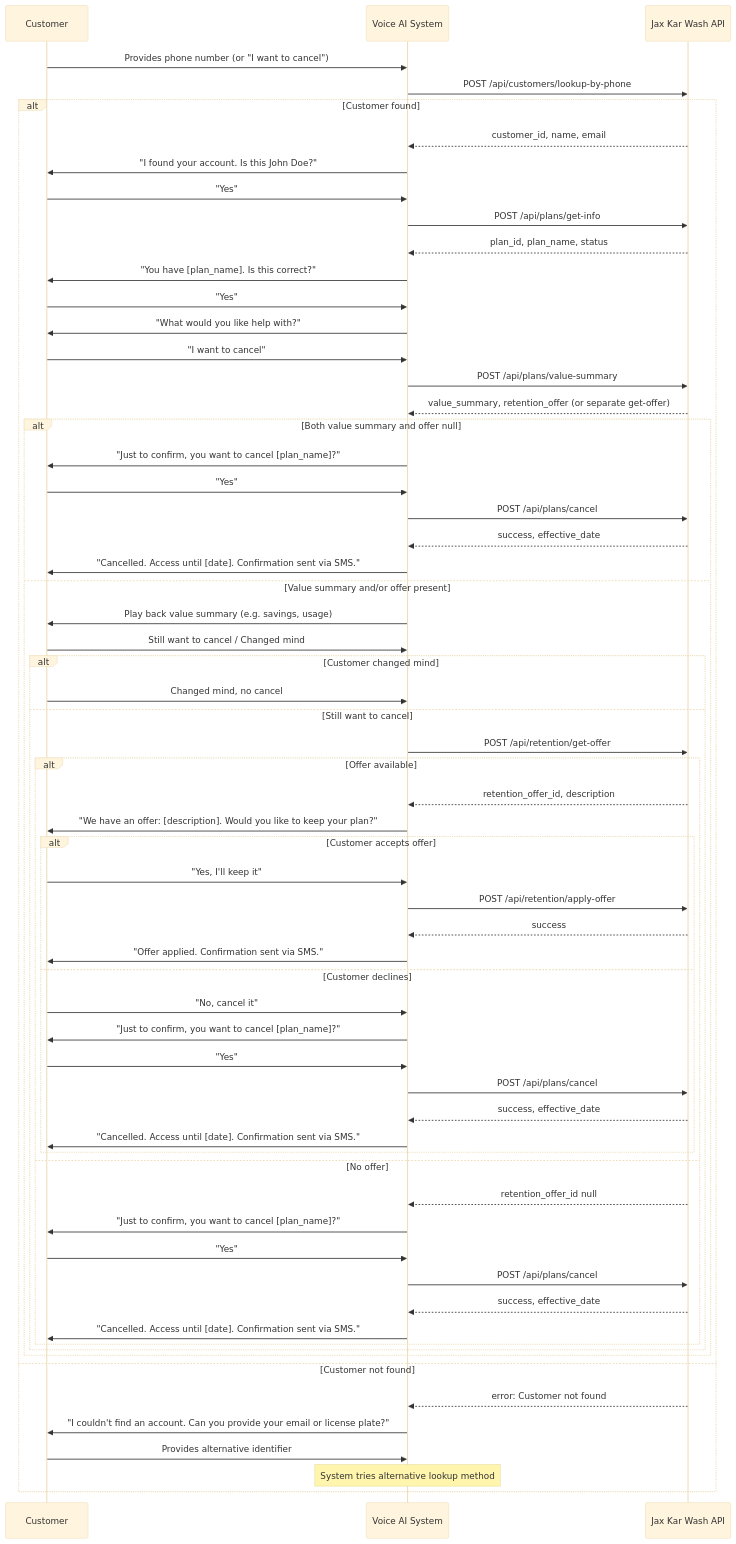
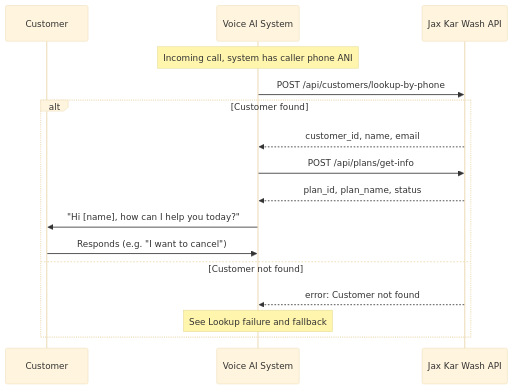
One commit to HelloWash/Public changed the fifth of 13 diagrams in Jax-Kar-Wash-API-Integration–Discussion-Document.md. Above: the diagram before and after it, drawn with Mermaid (base theme). The commit also changed other lines of this file, not shown here.

````diff
--- a/Jax-Kar-Wash-API-Integration–Discussion-Document.md
+++ b/Jax-Kar-Wash-API-Integration–Discussion-Document.md
@@ -615,66 +650,19 @@
 ```mermaid
 sequenceDiagram
     participant Customer
     participant System as Voice AI System
     participant API as Jax Kar Wash API
 
-    Customer->>System: Provides phone number (or "I want to cancel")
+    Note over System: Incoming call, system has caller phone ANI
     System->>API: POST /api/customers/lookup-by-phone
     alt Customer found
         API-->>System: customer_id, name, email
-        System->>Customer: "I found your account. Is this John Doe?"
-        Customer->>System: "Yes"
         System->>API: POST /api/plans/get-info
         API-->>System: plan_id, plan_name, status
-        System->>Customer: "You have [plan_name]. Is this correct?"
-        Customer->>System: "Yes"
-        System->>Customer: "What would you like help with?"
-        Customer->>System: "I want to cancel"
-        System->>API: POST /api/plans/value-summary
-        API-->>System: value_summary, retention_offer (or separate get-offer)
-        alt Both value summary and offer null
-            System->>Customer: "Just to confirm, you want to cancel [plan_name]?"
-            Customer->>System: "Yes"
-            System->>API: POST /api/plans/cancel
-            API-->>System: success, effective_date
-            System->>Customer: "Cancelled. Access until [date]. Confirmation sent via SMS."
-        else Value summary and/or offer present
-            System->>Customer: Play back value summary (e.g. savings, usage)
-            Customer->>System: Still want to cancel / Changed mind
-            alt Customer changed mind
-                Customer->>System: Changed mind, no cancel
-            else Still want to cancel
-                System->>API: POST /api/retention/get-offer
-                alt Offer available
-                    API-->>System: retention_offer_id, description
-                    System->>Customer: "We have an offer: [description]. Would you like to keep your plan?"
-                    alt Customer accepts offer
-                        Customer->>System: "Yes, I'll keep it"
-                        System->>API: POST /api/retention/apply-offer
-                        API-->>System: success
-                        System->>Customer: "Offer applied. Confirmation sent via SMS."
-                    else Customer declines
-                        Customer->>System: "No, cancel it"
-                        System->>Customer: "Just to confirm, you want to cancel [plan_name]?"
-                        Customer->>System: "Yes"
-                        System->>API: POST /api/plans/cancel
-                        API-->>System: success, effective_date
-                        System->>Customer: "Cancelled. Access until [date]. Confirmation sent via SMS."
-                    end
-                else No offer
-                    API-->>System: retention_offer_id null
-                    System->>Customer: "Just to confirm, you want to cancel [plan_name]?"
-                    Customer->>System: "Yes"
-                    System->>API: POST /api/plans/cancel
-                    API-->>System: success, effective_date
-                    System->>Customer: "Cancelled. Access until [date]. Confirmation sent via SMS."
-                end
-            end
-        end
+        System->>Customer: "Hi [name], how can I help you today?"
+        Customer->>System: Responds (e.g. "I want to cancel")
     else Customer not found
         API-->>System: error: Customer not found
-        System->>Customer: "I couldn't find an account. Can you provide your email or license plate?"
-        Customer->>System: Provides alternative identifier
-        Note over System: System tries alternative lookup method
+        Note over System: See Lookup failure and fallback
     end
 ```
````
